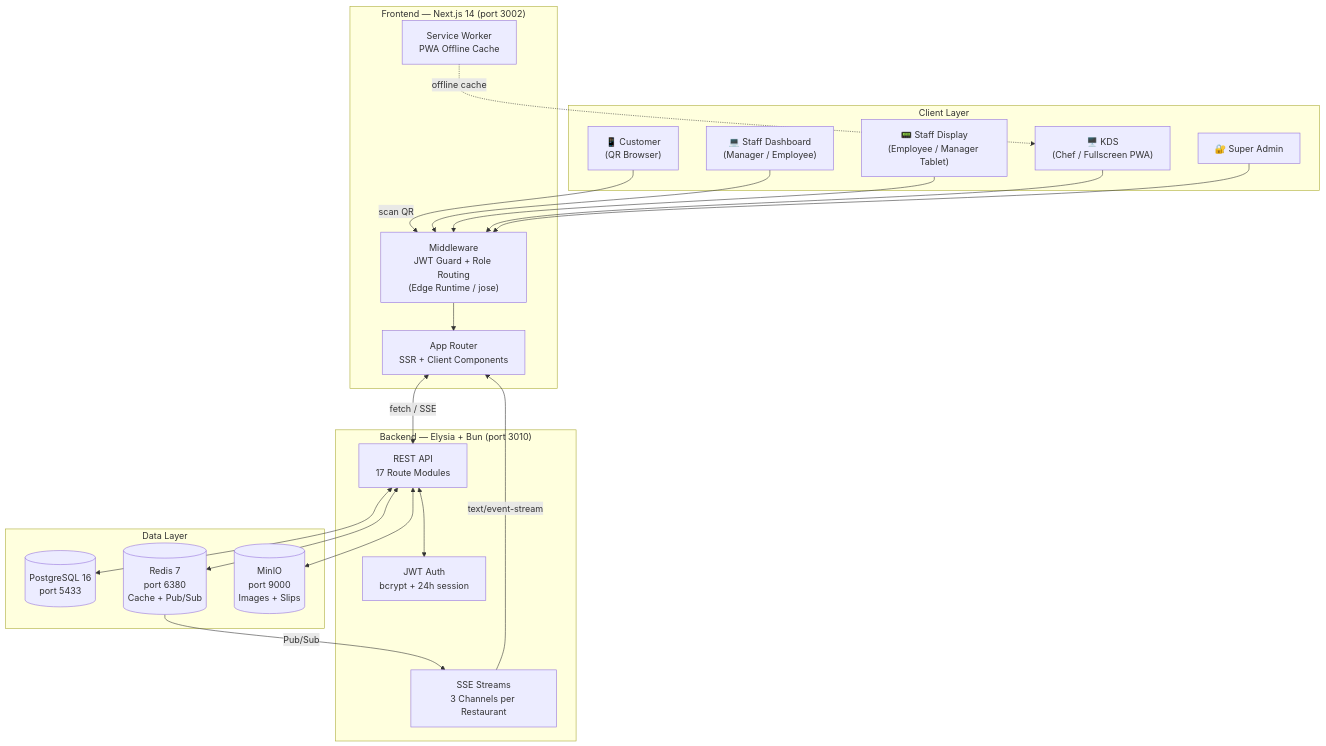
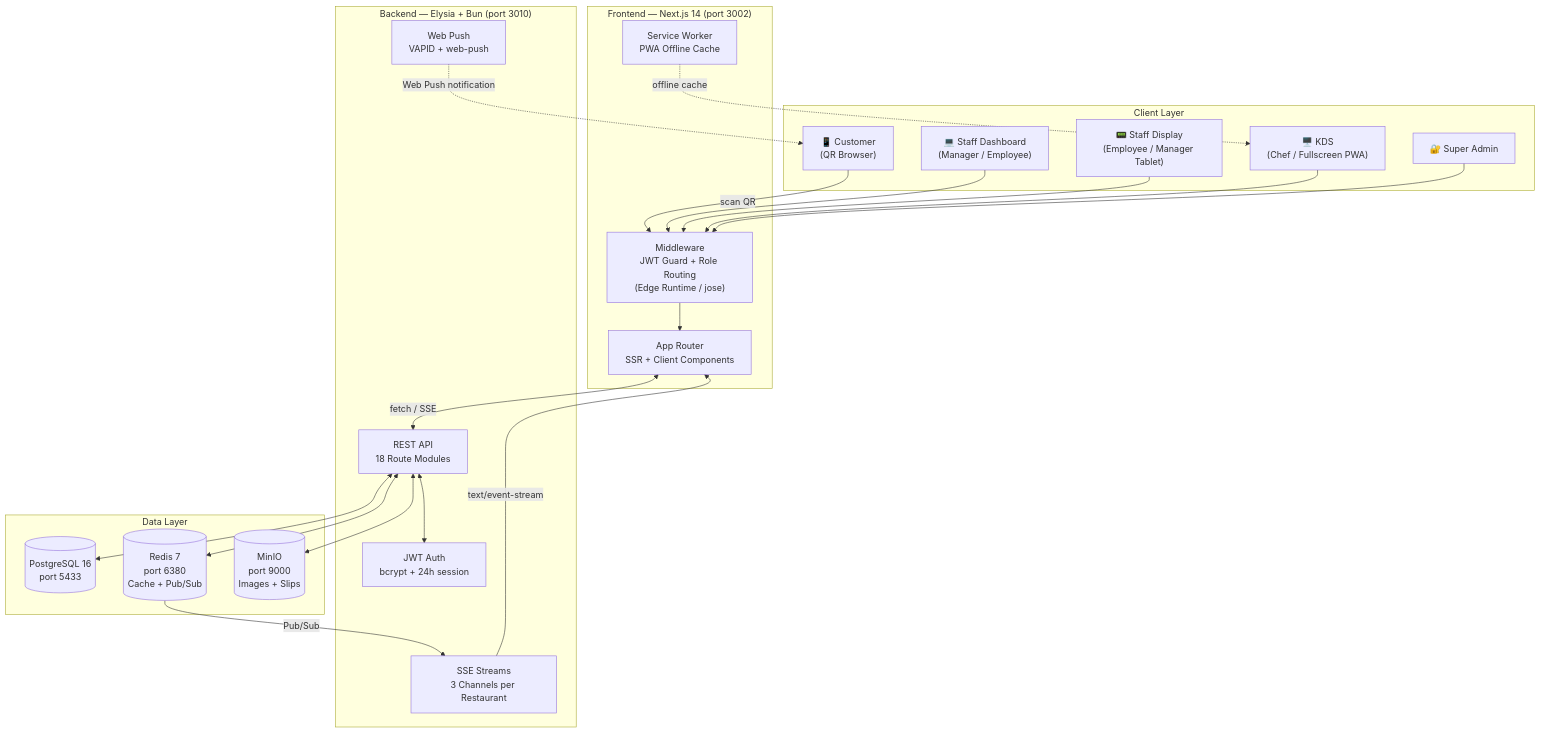
Before and after one commit to krittayoach/Restaurant: the first of 8 diagrams in docs/architecture.md, drawn with Mermaid. The commit also changed other lines of this file and 2 other files, not shown here.

Commit message:
docs: sync architecture, technical-patterns, nfr with v2.14 (Web Push)

````diff
--- a/docs/architecture.md
+++ b/docs/architecture.md
@@ -5,43 +5,45 @@
 ```mermaid
 graph TB
     subgraph Client["Client Layer"]
         CUS["📱 Customer<br/>(QR Browser)"]
         STAFF["💻 Staff Dashboard<br/>(Manager / Employee)"]
         TABLET["📟 Staff Display<br/>(Employee / Manager Tablet)"]
         CHEF["🖥️ KDS<br/>(Chef / Fullscreen PWA)"]
         ADMIN["🔐 Super Admin"]
     end
 
     subgraph Frontend["Frontend — Next.js 14 (port 3002)"]
         MW["Middleware<br/>JWT Guard + Role Routing<br/>(Edge Runtime / jose)"]
         APP["App Router<br/>SSR + Client Components"]
         SW["Service Worker<br/>PWA Offline Cache"]
     end
 
     subgraph Backend["Backend — Elysia + Bun (port 3010)"]
-        API["REST API<br/>17 Route Modules"]
+        API["REST API<br/>18 Route Modules"]
         SSE["SSE Streams<br/>3 Channels per Restaurant"]
+        PUSH["Web Push<br/>VAPID + web-push"]
         AUTH["JWT Auth<br/>bcrypt + 24h session"]
     end
 
     subgraph Data["Data Layer"]
         PG[("PostgreSQL 16<br/>port 5433")]
         REDIS[("Redis 7<br/>port 6380<br/>Cache + Pub/Sub")]
         MINIO[("MinIO<br/>port 9000<br/>Images + Slips")]
     end
 
     CUS -->|"scan QR"| MW
     STAFF --> MW
     TABLET --> MW
     CHEF --> MW
     ADMIN --> MW
     MW --> APP
     APP <-->|"fetch / SSE"| API
+    PUSH -.->|"Web Push notification"| CUS
     SW -.->|"offline cache"| CHEF
     API <--> AUTH
     API <--> PG
     API <--> REDIS
     API <--> MINIO
     REDIS -->|"Pub/Sub"| SSE
     SSE -->|"text/event-stream"| APP
 ```
````
